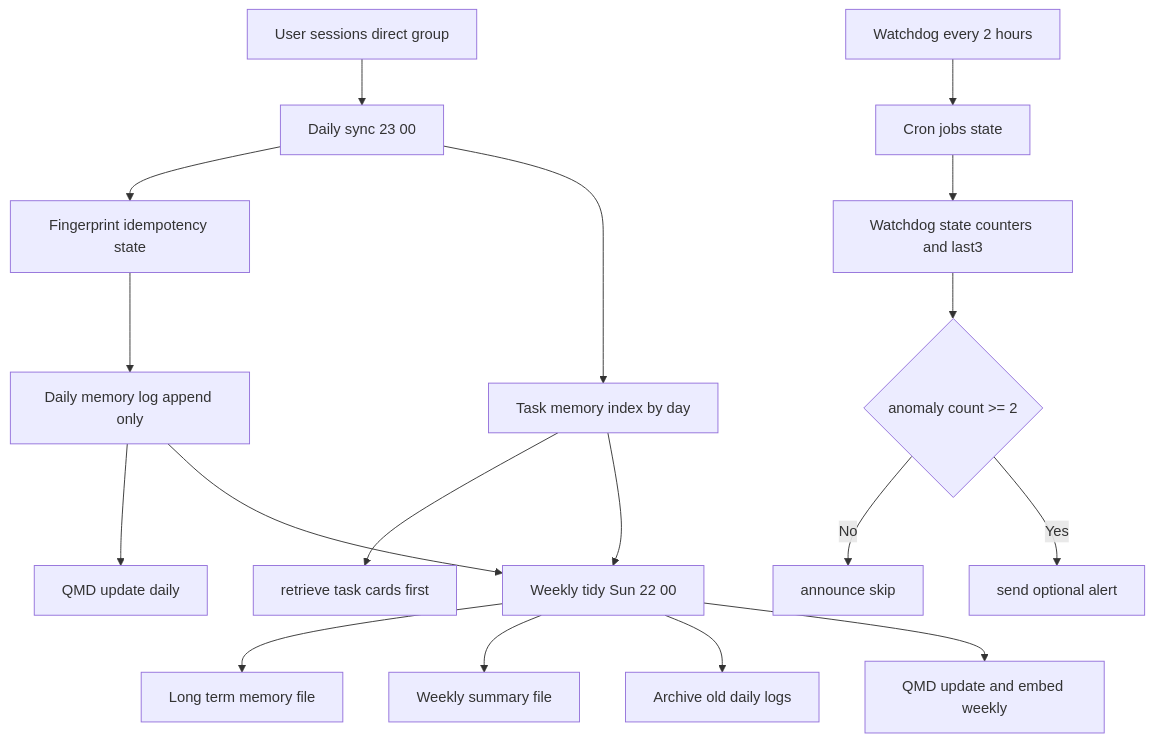
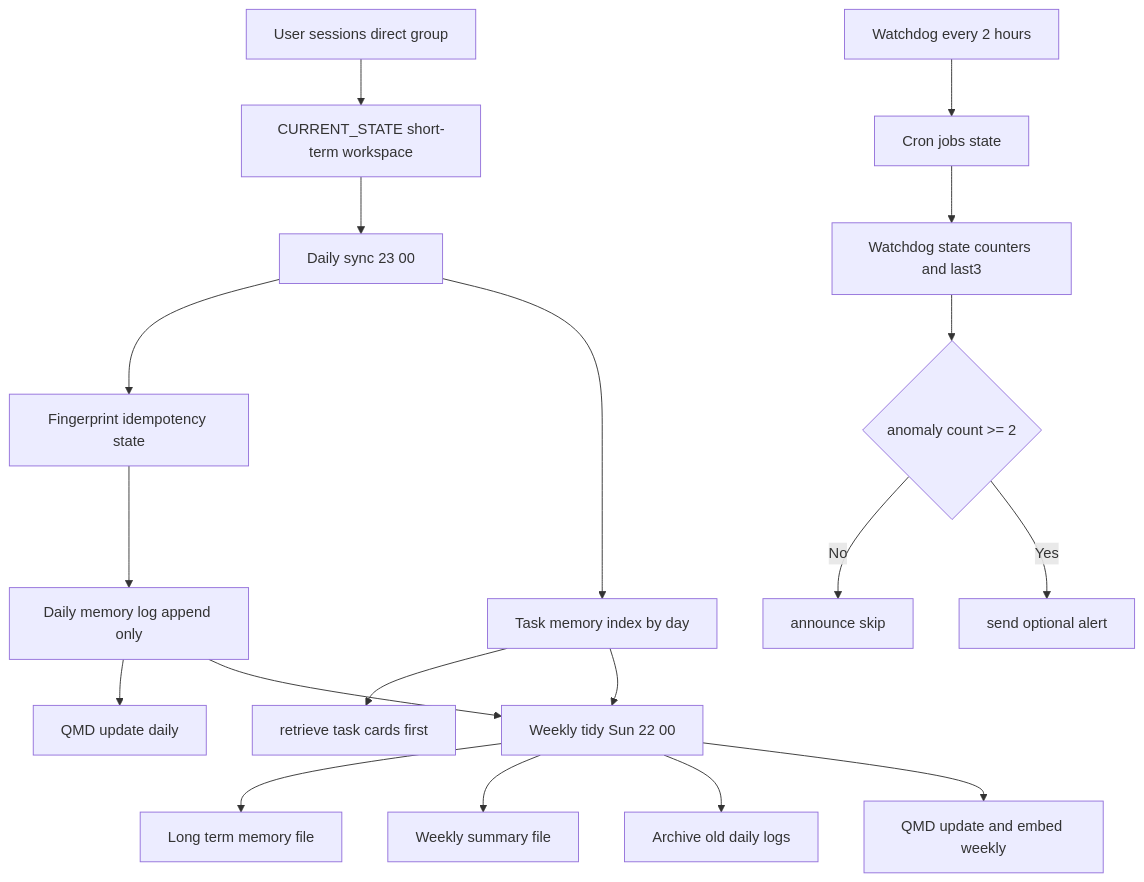
One commit to carmanxin/openclaw-memory-final changed the diagram in docs/architecture.md. Above: the diagram before and after it, drawn with Mermaid. The commit also changed other lines of this file and 12 other files, not shown here.

````diff
--- a/docs/architecture.md
+++ b/docs/architecture.md
@@ -5,22 +5,23 @@
 ```mermaid
 flowchart TD
-  U["User sessions direct group"] --> DS["Daily sync 23 00"]
+  U["User sessions direct group"] --> CS["CURRENT_STATE short-term workspace"]
+  CS --> DS["Daily sync 23 00"]
   DS --> F["Fingerprint idempotency state"]
   F --> DLOG["Daily memory log append only"]
   DS --> TIDX["Task memory index by day"]
   TIDX --> RET["retrieve task cards first"]
   DLOG --> Q1["QMD update daily"]
 
   DLOG --> WT["Weekly tidy Sun 22 00"]
   TIDX --> WT
   WT --> LM["Long term memory file"]
   WT --> WS["Weekly summary file"]
   WT --> AR["Archive old daily logs"]
   WT --> Q2["QMD update and embed weekly"]
 
   WD["Watchdog every 2 hours"] --> CJ["Cron jobs state"]
   CJ --> ST["Watchdog state counters and last3"]
   ST --> DEC{"anomaly count >= 2"}
   DEC -- No --> SKIP["announce skip"]
   DEC -- Yes --> ALERT["send optional alert"]
 ```
````
